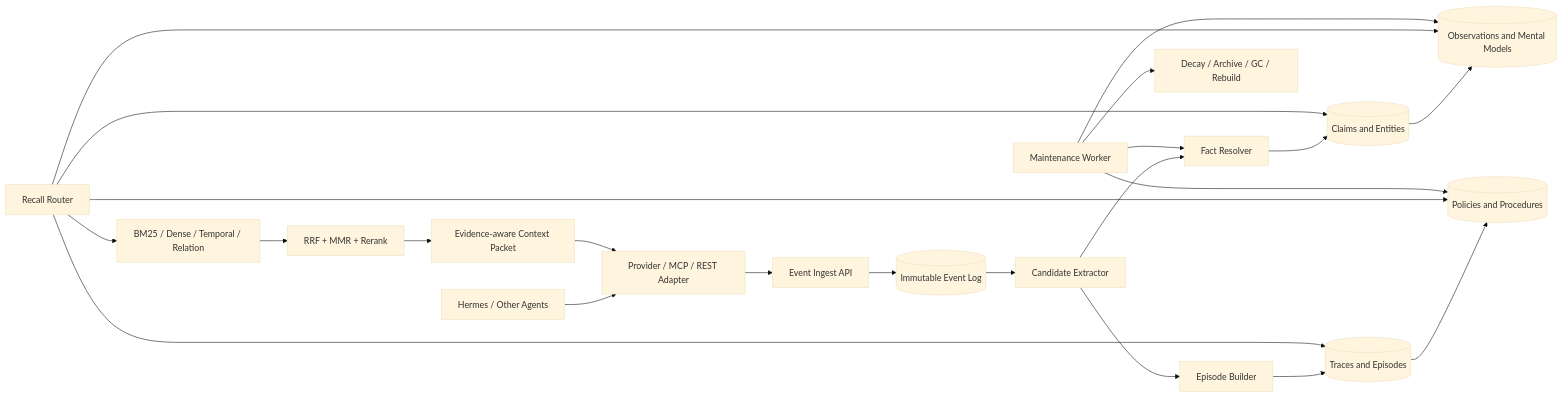
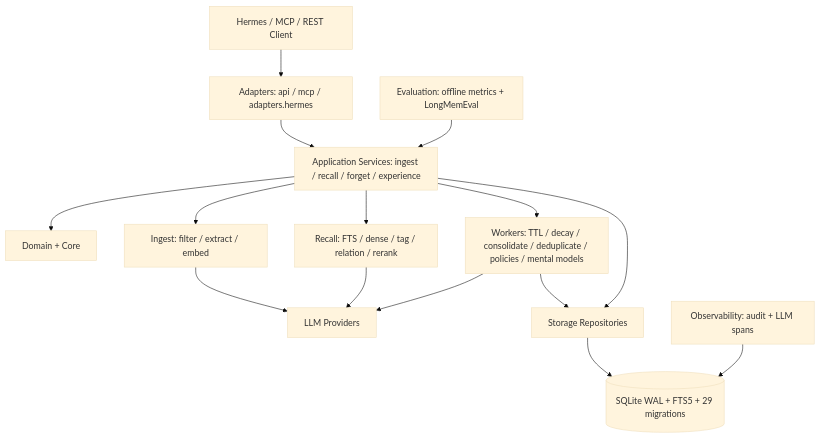
Before and after one commit to lohr13/hl_mem: the diagram in docs/architecture.md, drawn with Mermaid (base theme). The commit also changed other lines of this file and 122 other files, not shown here.

````diff
--- a/docs/architecture.md
+++ b/docs/architecture.md
@@ -21,27 +22,17 @@
 ```mermaid
-flowchart LR
-    A[Hermes / Other Agents] --> B[Provider / MCP / REST Adapter]
-    B --> C[Event Ingest API]
-    C --> D[(Immutable Event Log)]
-    D --> E[Candidate Extractor]
-    E --> F[Fact Resolver]
-    E --> G[Episode Builder]
-    F --> H[(Claims and Entities)]
-    H --> I[(Observations and Mental Models)]
-    G --> J[(Traces and Episodes)]
-    J --> K[(Policies and Procedures)]
-
-    L[Recall Router] --> H
-    L --> I
-    L --> J
-    L --> K
-    L --> M[BM25 / Dense / Temporal / Relation]
-    M --> N[RRF + MMR + Rerank]
-    N --> O[Evidence-aware Context Packet]
-    O --> B
-
-    P[Maintenance Worker] --> F
-    P --> I
-    P --> K
-    P --> Q[Decay / Archive / GC / Rebuild]
+flowchart TB
+    C[Hermes / MCP / REST Client] --> A[Adapters: api / mcp / adapters.hermes]
+    A --> S[Application Services: ingest / recall / forget / experience]
+    S --> D[Domain + Core]
+    S --> I[Ingest: filter / extract / embed]
+    S --> R[Recall: FTS / dense / tag / relation / rerank]
+    S --> W[Workers: TTL / decay / consolidate / deduplicate / policies / mental models]
+    I --> L[LLM Providers]
+    R --> L
+    W --> L
+    S --> P[Storage Repositories]
+    W --> P
+    P --> DB[(SQLite WAL + FTS5 + 29 migrations)]
+    O[Observability: audit + LLM spans] --> DB
+    E[Evaluation: offline metrics + LongMemEval] --> S
 ```
````
